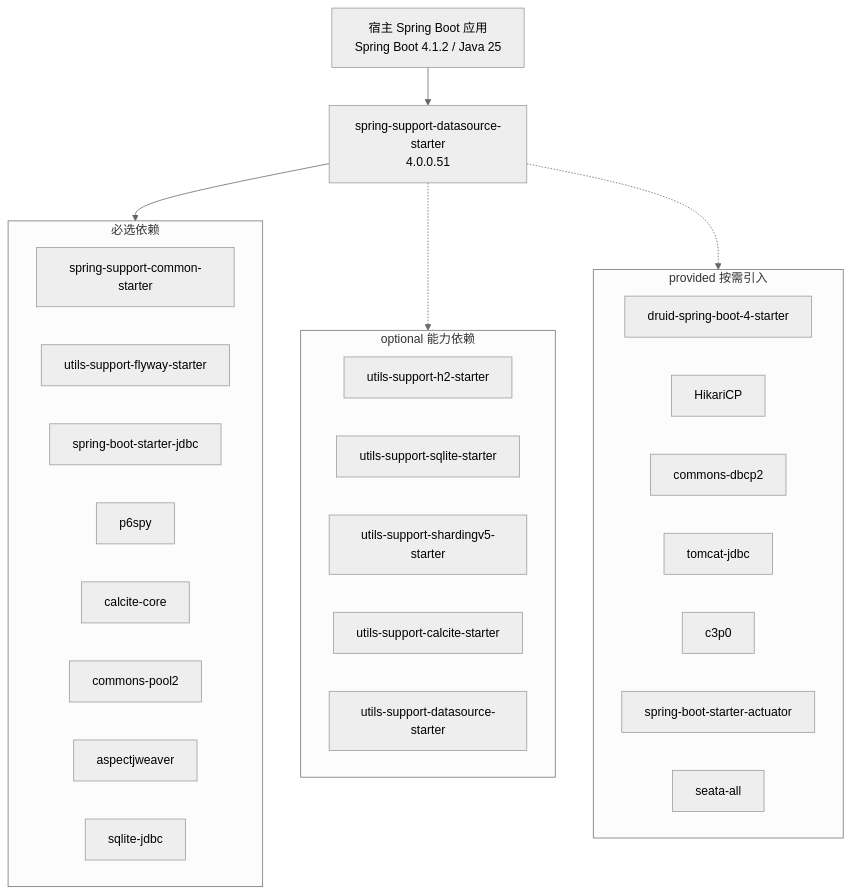
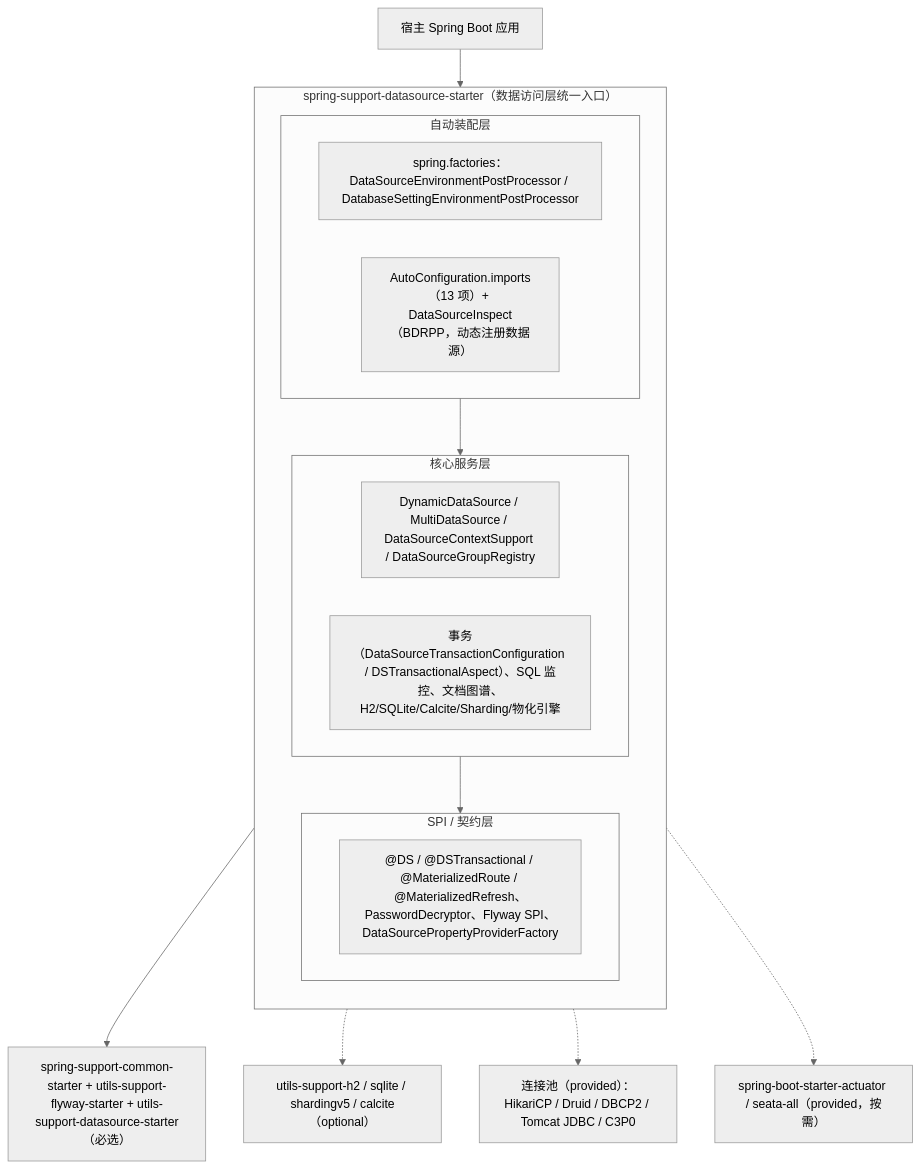
The first of 2 diagrams in spring-support-datasource-starter/README.md (CHTK001/spring-support-parent-starter), drawn with Mermaid (neutral theme) before and after one commit. The commit also changed other lines of this file and 54 other files, not shown here.

````diff
--- a/spring-support-datasource-starter/README.md
+++ b/spring-support-datasource-starter/README.md
@@ -19,39 +14,28 @@
 ```mermaid
-graph TB
-    APP["宿主 Spring Boot 应用<br/>Spring Boot 4.1.2 / Java 25"]
-    DS["spring-support-datasource-starter<br/>4.0.0.51"]
-
-    subgraph REQ["必选依赖"]
-        COMMON["spring-support-common-starter"]
-        FLYWAY["utils-support-flyway-starter"]
-        JDBC["spring-boot-starter-jdbc"]
-        P6["p6spy"]
-        CALCITE["calcite-core"]
-        POOL["commons-pool2"]
-        AJ["aspectjweaver"]
-        SQLITE["sqlite-jdbc"]
+flowchart TB
+    APP["宿主 Spring Boot 应用"]
+    subgraph MOD["spring-support-datasource-starter（数据访问层统一入口）"]
+        direction TB
+        subgraph L1["自动装配层"]
+            EPP["spring.factories：DataSourceEnvironmentPostProcessor / DatabaseSettingEnvironmentPostProcessor"]
+            IMP["AutoConfiguration.imports（13 项）+ DataSourceInspect（BDRPP，动态注册数据源）"]
+        end
+        subgraph L2["核心服务层"]
+            DYN["DynamicDataSource / MultiDataSource / DataSourceContextSupport / DataSourceGroupRegistry"]
+            SVC["事务（DataSourceTransactionConfiguration / DSTransactionalAspect）、SQL 监控、文档图谱、H2/SQLite/Calcite/Sharding/物化引擎"]
+        end
+        subgraph L3["SPI / 契约层"]
+            SPI["@DS / @DSTransactional / @MaterializedRoute / @MaterializedRefresh、PasswordDecryptor、Flyway SPI、DataSourcePropertyProviderFactory"]
+        end
+        L1 --> L2 --> L3
     end
-
-    subgraph OPT["optional 能力依赖"]
-        H2U["utils-support-h2-starter"]
-        SLU["utils-support-sqlite-starter"]
-        SHU["utils-support-shardingv5-starter"]
-        CAU["utils-support-calcite-starter"]
-        DU["utils-support-datasource-starter"]
-    end
-
-    subgraph PROV["provided 按需引入"]
-        DRUID["druid-spring-boot-4-starter"]
-        HIK["HikariCP"]
-        DBCP2["commons-dbcp2"]
-        TJC["tomcat-jdbc"]
-        C3P0["c3p0"]
-        ACT["spring-boot-starter-actuator"]
-        SEATA["seata-all"]
-    end
-
-    APP --> DS
-    DS --> REQ
-    DS -.-> OPT
-    DS -.-> PROV
+    COMMON["spring-support-common-starter + utils-support-flyway-starter + utils-support-datasource-starter（必选）"]
+    OPT["utils-support-h2 / sqlite / shardingv5 / calcite（optional）"]
+    POOL["连接池（provided）：HikariCP / Druid / DBCP2 / Tomcat JDBC / C3P0"]
+    ACT["spring-boot-starter-actuator / seata-all（provided，按需）"]
+    APP --> MOD
+    MOD --> COMMON
+    MOD -.-> OPT
+    MOD -.-> POOL
+    MOD -.-> ACT
 ```
````
